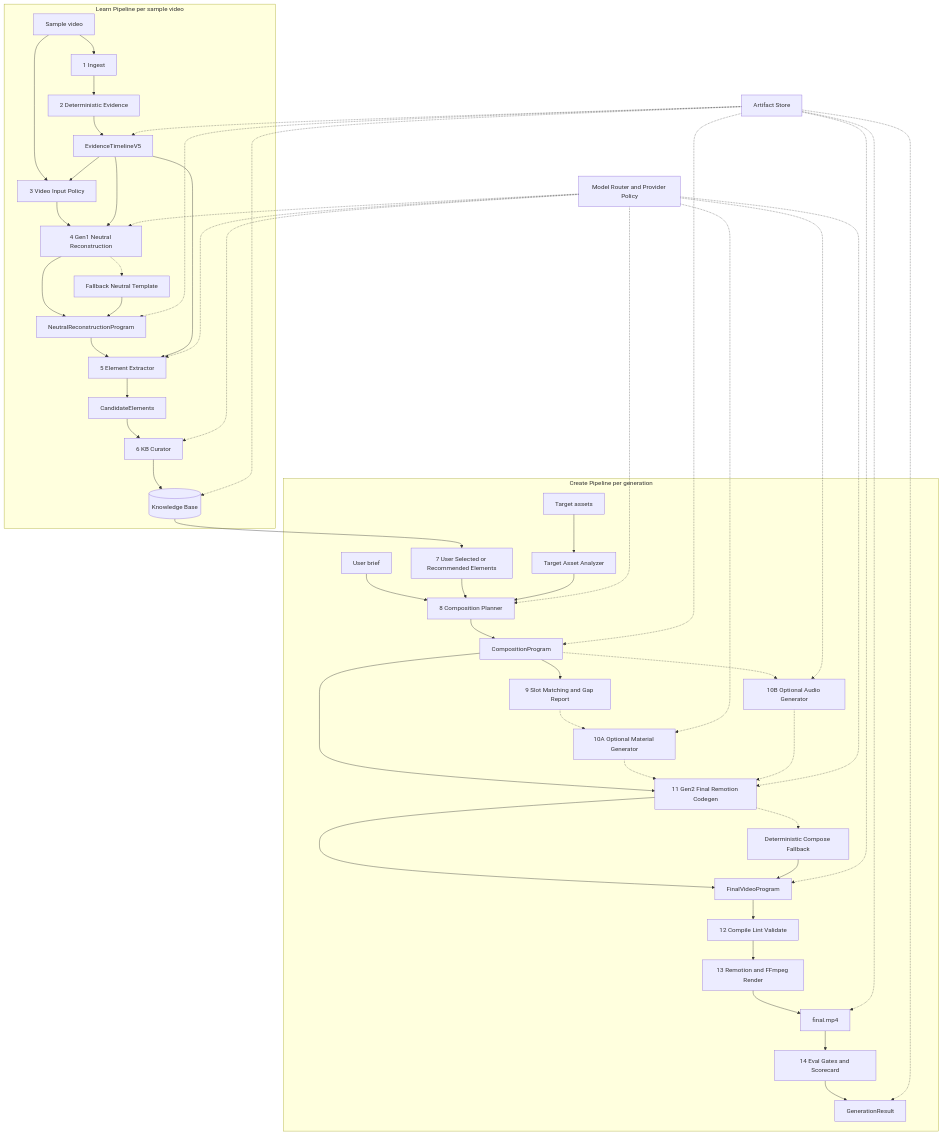
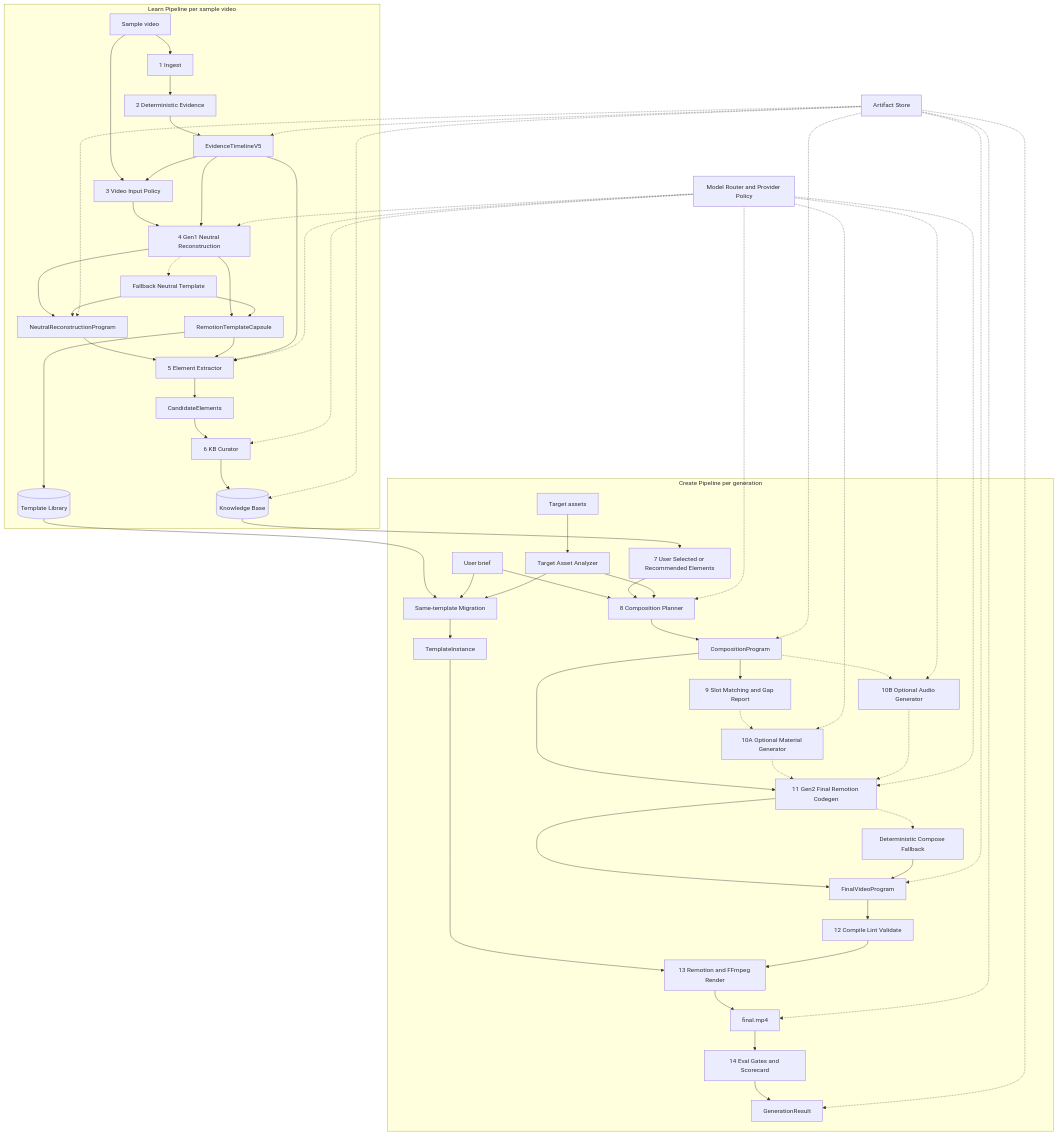
Before and after one commit to Pxli9130/viral-video-structure-transfer: the first of 2 diagrams in spec_v5/SPEC_V5_ALL.md, drawn with Mermaid. The commit also changed other lines of this file and 18 other files, not shown here.

````diff
--- a/spec_v5/SPEC_V5_ALL.md
+++ b/spec_v5/SPEC_V5_ALL.md
@@ -378,58 +808,67 @@
 ```mermaid
 graph TD
   subgraph LEARN[Learn Pipeline per sample video]
     SV[Sample video] --> ING[1 Ingest]
     ING --> DET[2 Deterministic Evidence]
     DET --> EV[EvidenceTimelineV5]
     SV --> VPOL[3 Video Input Policy]
     EV --> VPOL
     VPOL --> G1[4 Gen1 Neutral Reconstruction]
     EV --> G1
     G1 --> NRP[NeutralReconstructionProgram]
+    G1 --> RTC[RemotionTemplateCapsule]
     G1 -.-> G1F[Fallback Neutral Template]
     G1F --> NRP
+    G1F --> RTC
     NRP --> EX[5 Element Extractor]
+    RTC --> EX
     EV --> EX
     EX --> CAND[CandidateElements]
     CAND --> CUR[6 KB Curator]
     CUR --> KB[(Knowledge Base)]
+    RTC --> TPL[(Template Library)]
   end
 
   subgraph CREATE[Create Pipeline per generation]
+    TPL --> ST[Same-template Migration]
+    TARGET[Target assets] --> TA[Target Asset Analyzer]
+    BRIEF[User brief] --> ST
+    TA --> ST
+    ST --> TINST[TemplateInstance]
+    TINST --> RENDER[13 Remotion and FFmpeg Render]
     KB --> UISEL[7 User Selected or Recommended Elements]
-    TARGET[Target assets] --> TA[Target Asset Analyzer]
     BRIEF[User brief] --> CP[8 Composition Planner]
     UISEL --> CP
     TA --> CP
     CP --> COMP[CompositionProgram]
     COMP --> GAP[9 Slot Matching and Gap Report]
     GAP -.-> MAT[10A Optional Material Generator]
     COMP -.-> AUD[10B Optional Audio Generator]
     COMP --> G2[11 Gen2 Final Remotion Codegen]
     MAT -.-> G2
     AUD -.-> G2
     G2 --> FVP[FinalVideoProgram]
     G2 -.-> G2F[Deterministic Compose Fallback]
     G2F --> FVP
     FVP --> VAL[12 Compile Lint Validate]
-    VAL --> RENDER[13 Remotion and FFmpeg Render]
+    VAL --> RENDER
     RENDER --> FINAL[final.mp4]
     FINAL --> EVAL[14 Eval Gates and Scorecard]
     EVAL --> OUT[GenerationResult]
   end
 
   POLICY[Model Router and Provider Policy] -.-> G1
   POLICY -.-> EX
   POLICY -.-> CUR
   POLICY -.-> CP
   POLICY -.-> MAT
   POLICY -.-> AUD
   POLICY -.-> G2
   STORE[Artifact Store] -.-> EV
   STORE -.-> NRP
   STORE -.-> KB
   STORE -.-> COMP
   STORE -.-> FVP
   STORE -.-> FINAL
   STORE -.-> OUT
 ```
````
